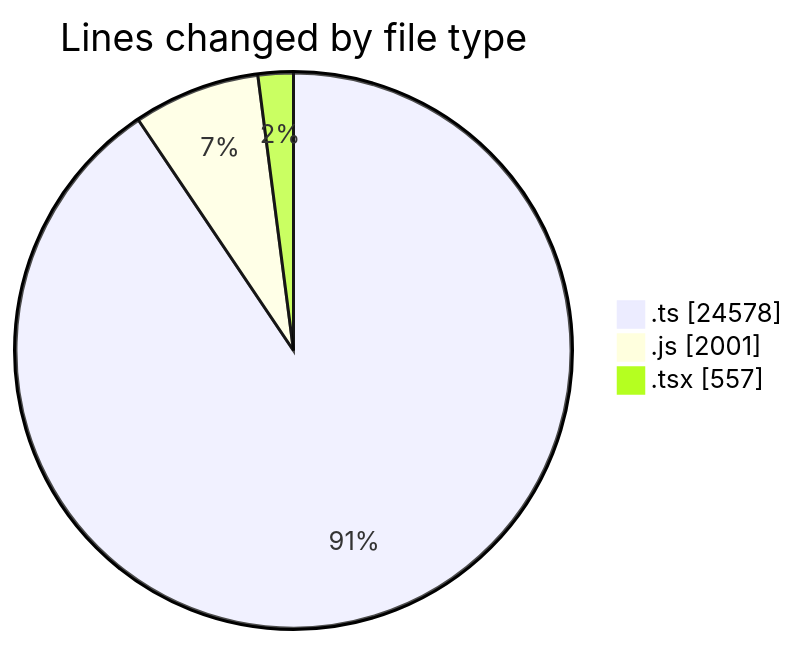
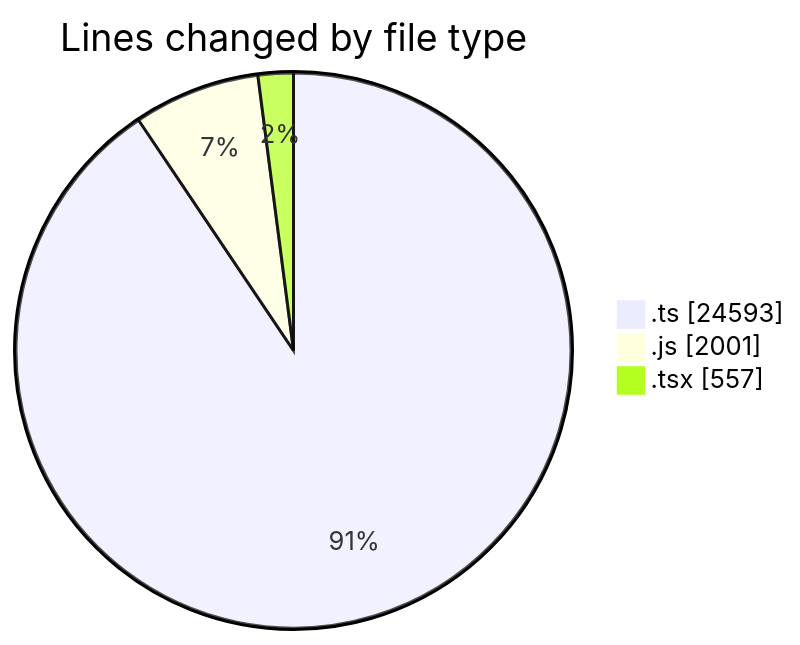
The first of 2 diagrams in 2025-06-20/cda/README.md (momahboobian/code-tracking), drawn with Mermaid before and after one commit. The commit also changed other lines of this file and 1 other file, not shown here.

````diff
--- a/2025-06-20/cda/README.md
+++ b/2025-06-20/cda/README.md
@@ -37,7 +37,7 @@
 ```mermaid
 pie showData
 title Lines changed by file type
-".ts" : 24578
+".ts" : 24593
 ".js" : 2001
 ".tsx" : 557
 ```
````
